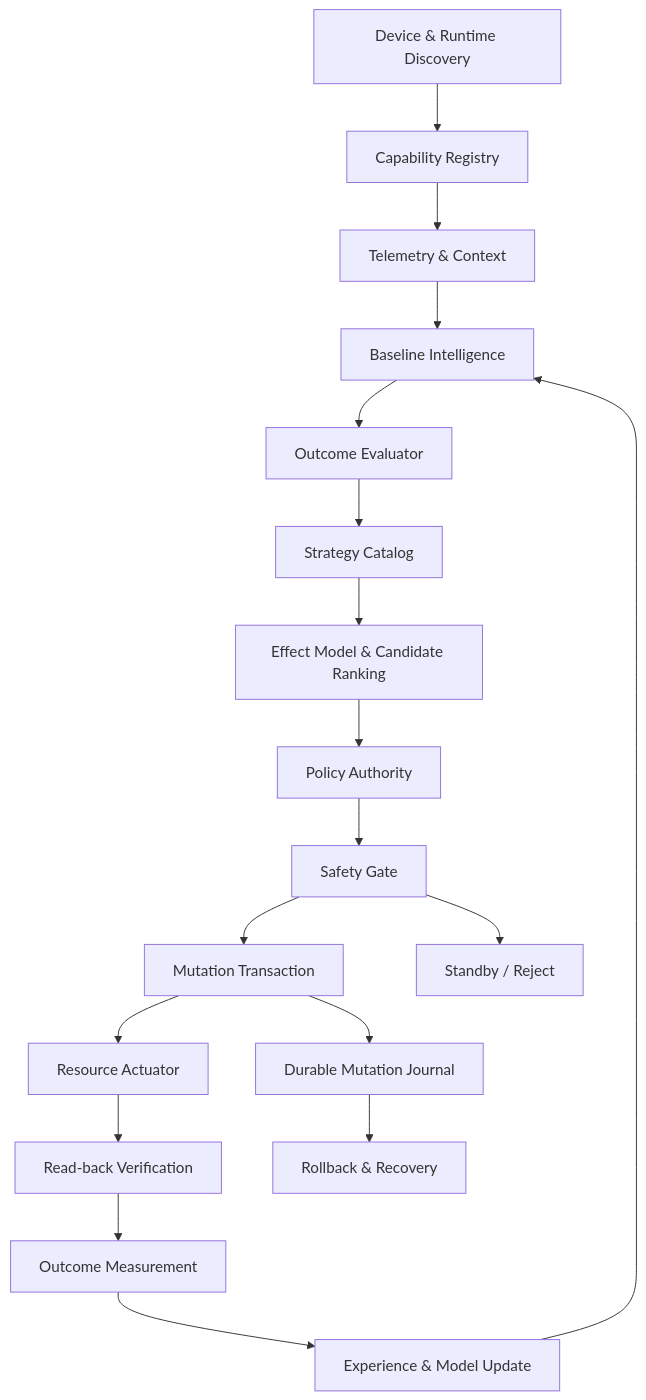
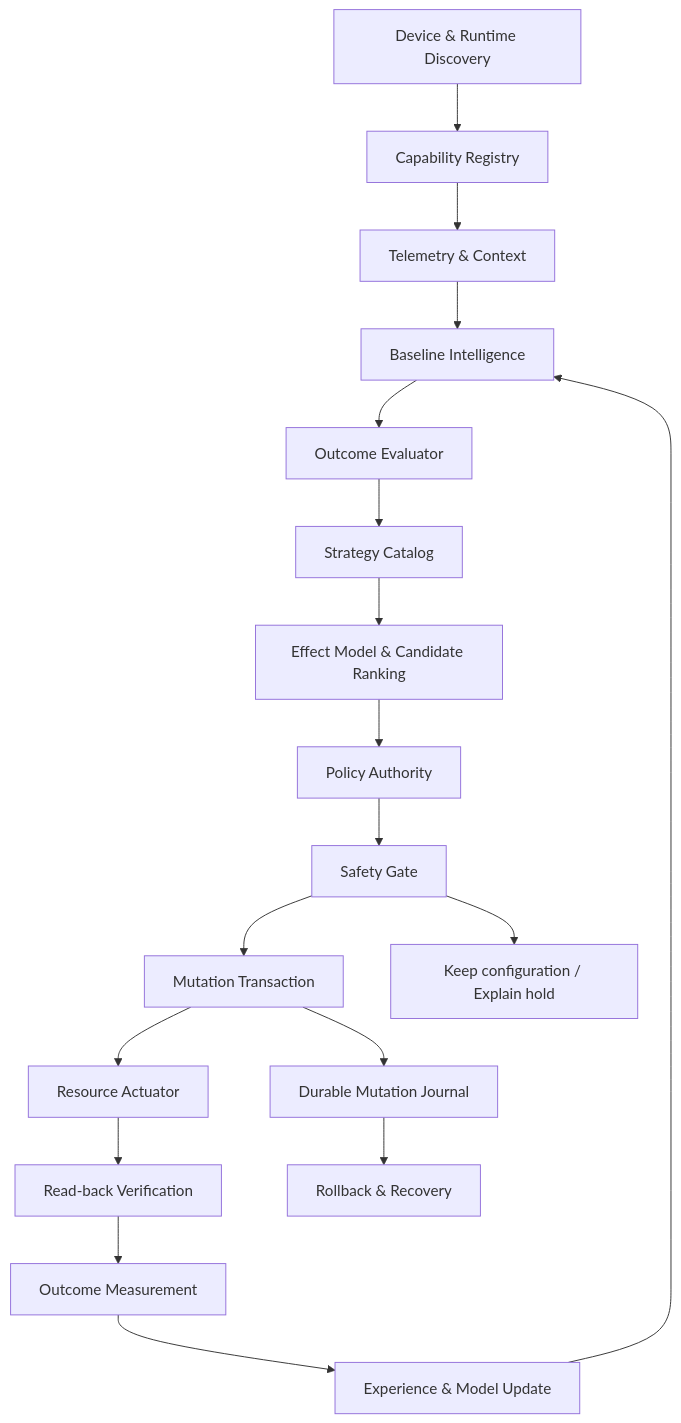
One commit to mystivara-creator/CoreFlow-Engine changed the diagram in README.md. Above: the diagram before and after it, drawn with Mermaid. The commit also changed other lines of this file and 44 other files, not shown here.

````diff
--- a/README.md
+++ b/README.md
@@ -19,20 +19,20 @@
 ```mermaid
 flowchart TD
     A["Device & Runtime Discovery"] --> B["Capability Registry"]
     B --> C["Telemetry & Context"]
     C --> D["Baseline Intelligence"]
     D --> E["Outcome Evaluator"]
     E --> F["Strategy Catalog"]
     F --> G["Effect Model & Candidate Ranking"]
     G --> H["Policy Authority"]
     H --> I["Safety Gate"]
     I --> J["Mutation Transaction"]
     J --> K["Resource Actuator"]
     K --> L["Read-back Verification"]
     L --> M["Outcome Measurement"]
     M --> N["Experience & Model Update"]
     N --> D
     J --> O["Durable Mutation Journal"]
     O --> P["Rollback & Recovery"]
-    I --> Q["Standby / Reject"]
+    I --> Q["Keep configuration / Explain hold"]
 ```
````
